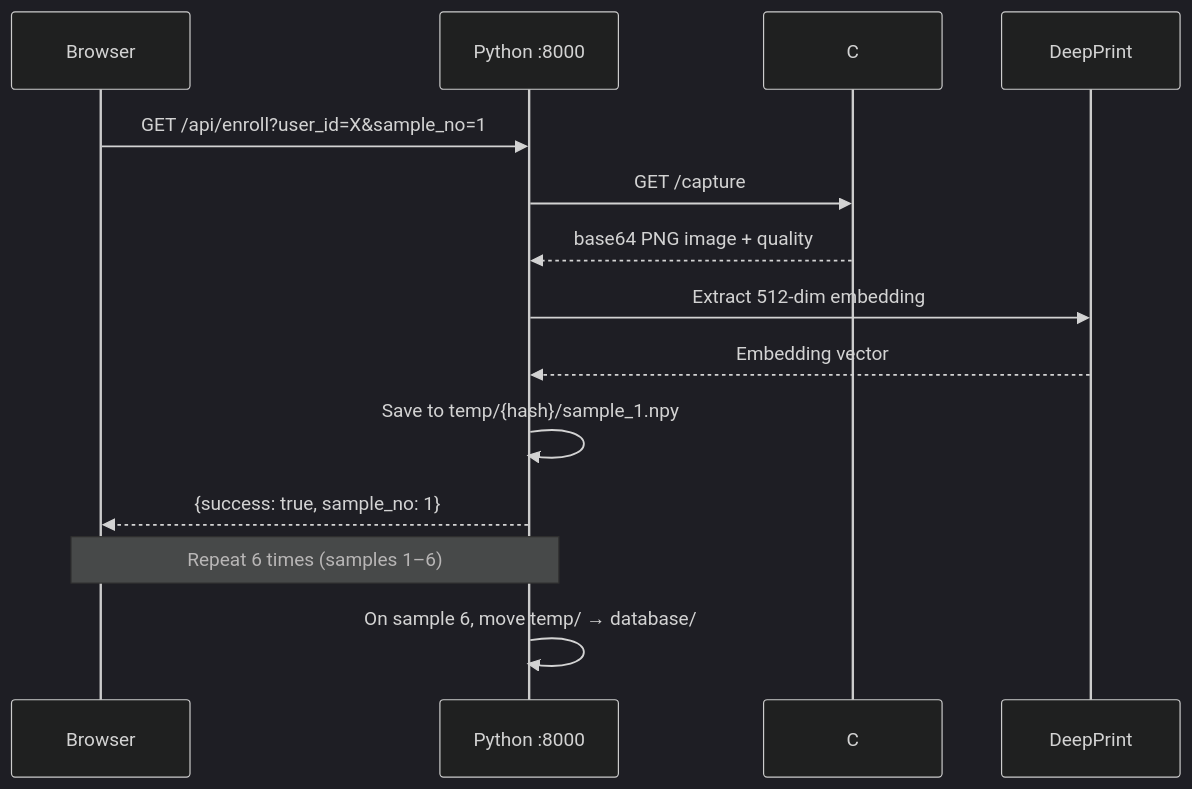
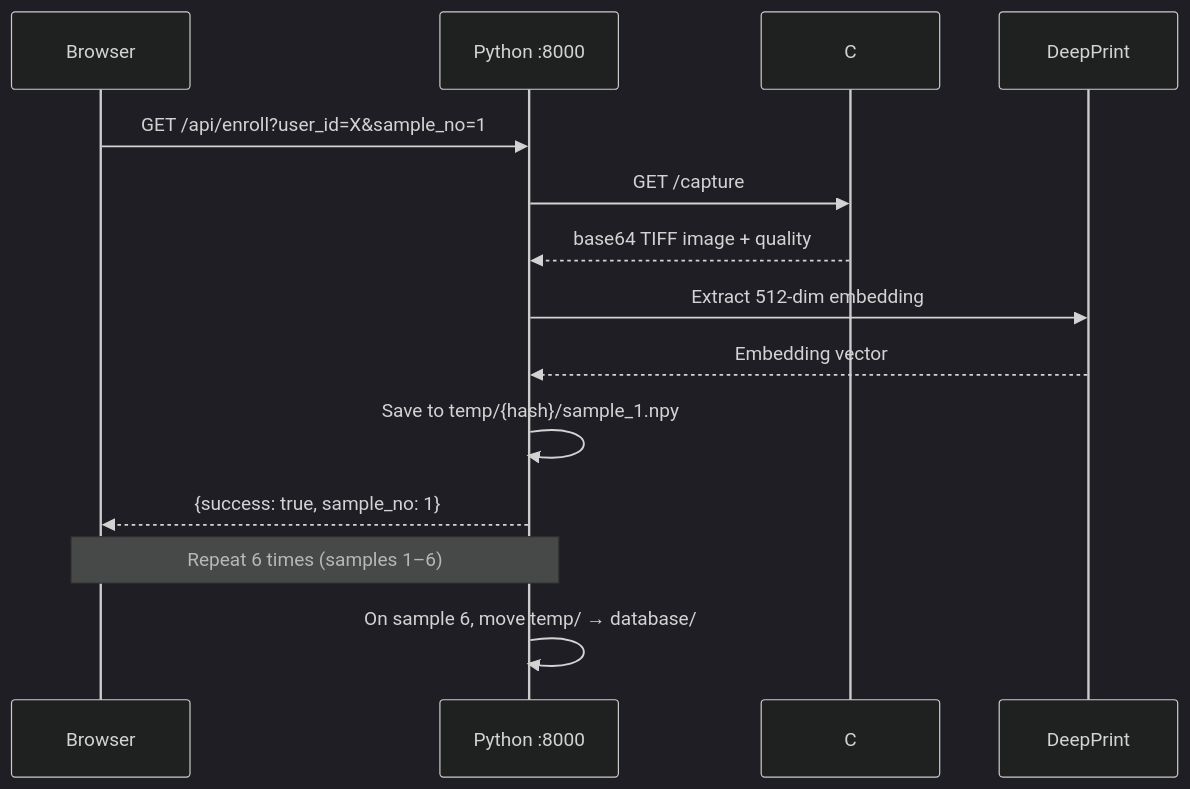
Before and after one commit to rrriiiyyyaaa/1-1-fingerprint-verification-: the second of 3 diagrams in README.md, drawn with Mermaid (dark theme). The commit also changed other lines of this file and 2 other files, not shown here.

Commit message:
feat: use TIFF format and update README database docs

````diff
--- a/README.md
+++ b/README.md
@@ -97,17 +97,17 @@
 ```mermaid
 sequenceDiagram
     participant User as Browser
     participant FastAPI as Python :8000
     participant CSharp as C# :5220
     participant Model as DeepPrint
 
     User->>FastAPI: GET /api/enroll?user_id=X&sample_no=1
     FastAPI->>CSharp: GET /capture
-    CSharp-->>FastAPI: base64 PNG image + quality
+    CSharp-->>FastAPI: base64 TIFF image + quality
     FastAPI->>Model: Extract 512-dim embedding
     Model-->>FastAPI: Embedding vector
     FastAPI->>FastAPI: Save to temp/{hash}/sample_1.npy
     FastAPI-->>User: {success: true, sample_no: 1}
     Note over User,FastAPI: Repeat 6 times (samples 1–6)
     FastAPI->>FastAPI: On sample 6, move temp/ → database/
 ```
````
